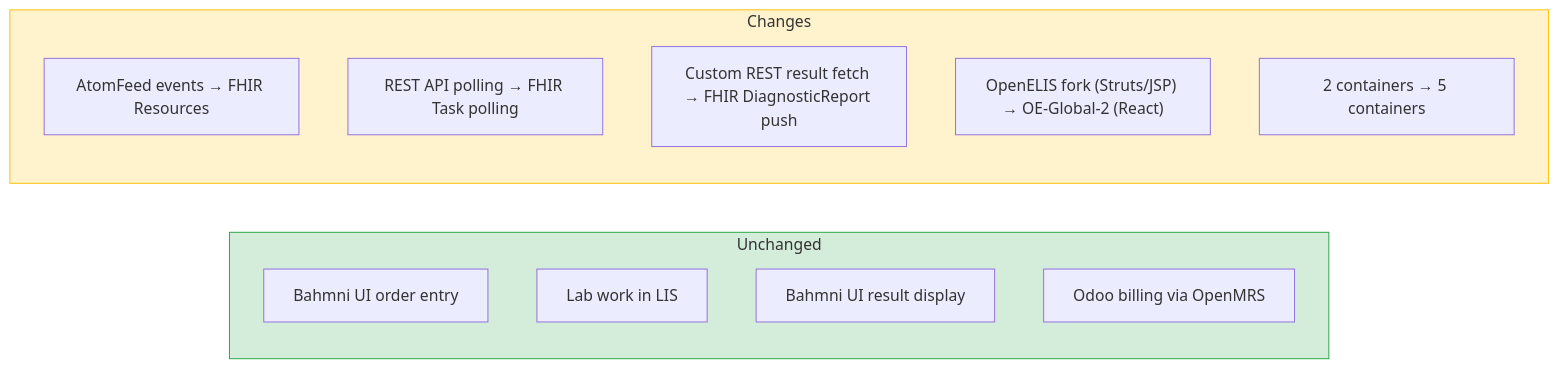
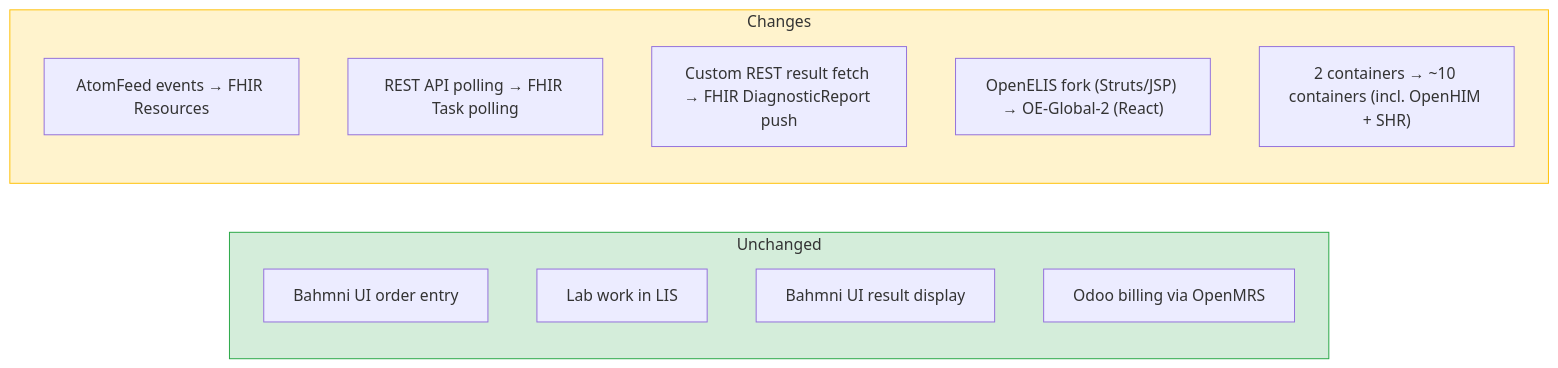
The third of 6 diagrams in bahmni-openelis-global2-integration-plan.md (Bahmni/OpenElis), drawn with Mermaid before and after one commit. The commit also changed other lines of this file, not shown here.

````diff
--- a/bahmni-openelis-global2-integration-plan.md
+++ b/bahmni-openelis-global2-integration-plan.md
@@ -128,20 +141,20 @@
 ```mermaid
 flowchart LR
     subgraph same["Unchanged"]
         A[Bahmni UI order entry]
         B[Lab work in LIS]
         C[Bahmni UI result display]
         D[Odoo billing via OpenMRS]
     end
 
     subgraph changes["Changes"]
         E["AtomFeed events → FHIR Resources"]
         F["REST API polling → FHIR Task polling"]
         G["Custom REST result fetch → FHIR DiagnosticReport push"]
         H["OpenELIS fork (Struts/JSP) → OE-Global-2 (React)"]
-        I["2 containers → 5 containers"]
+        I["2 containers → ~10 containers (incl. OpenHIM + SHR)"]
     end
 
     style same fill:#d4edda,stroke:#28a745
     style changes fill:#fff3cd,stroke:#ffc107
 ```
````
